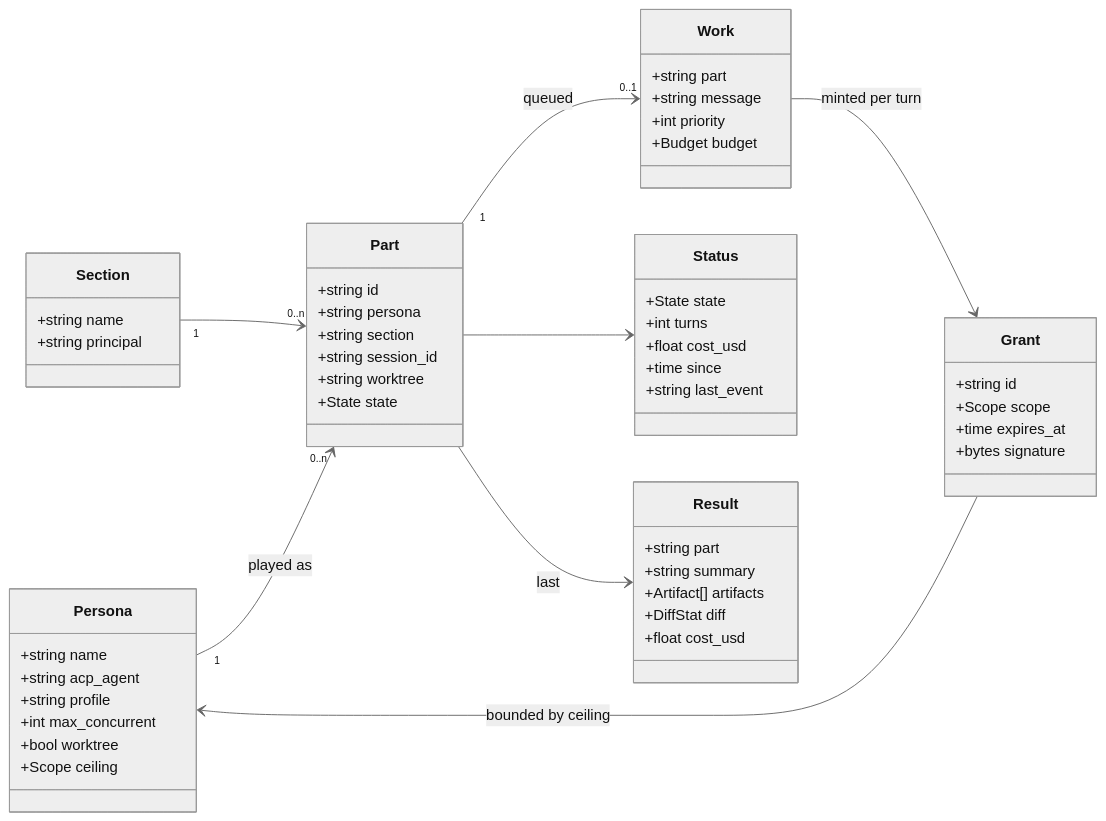
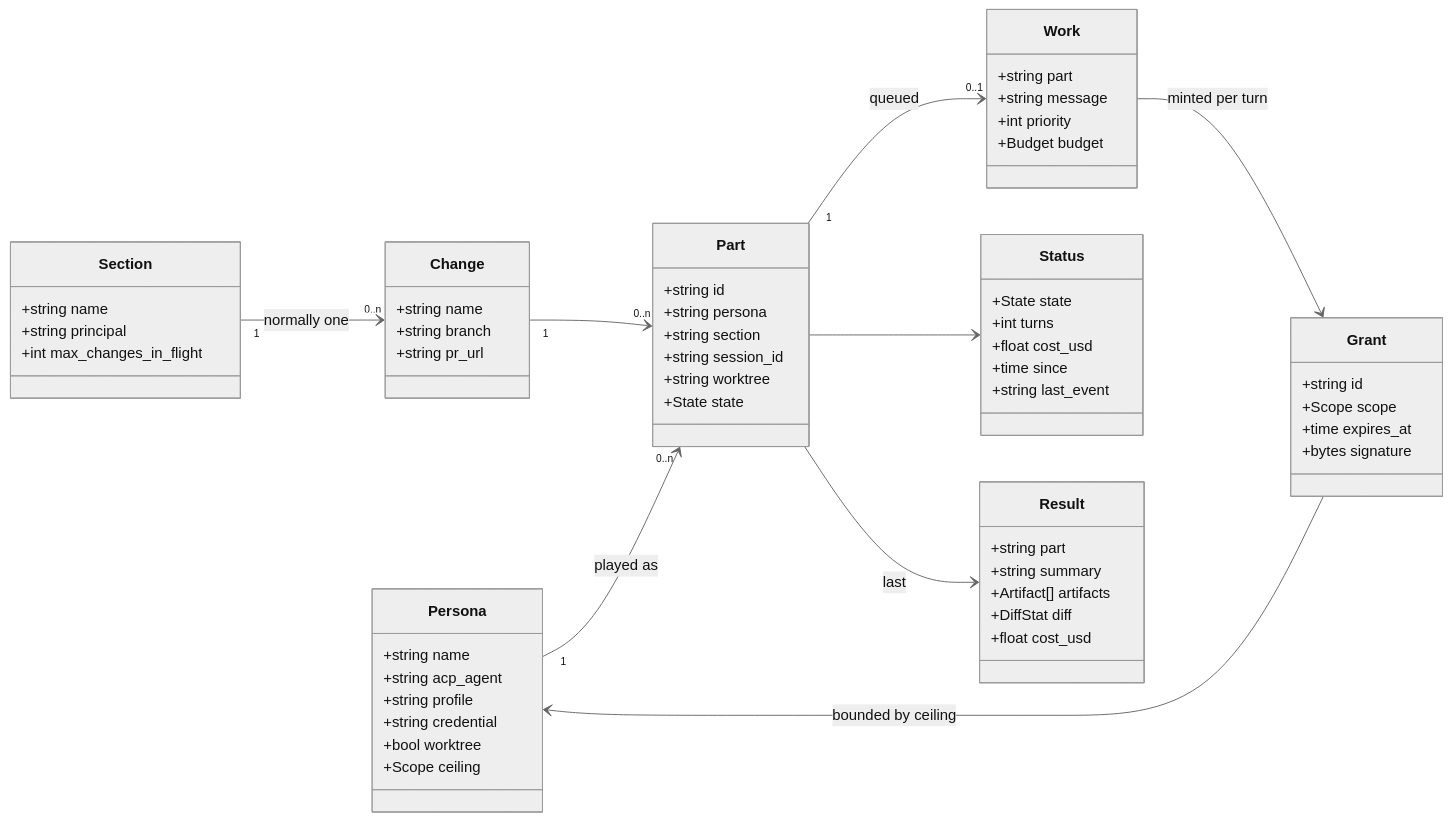
Before and after one commit to noclearreaction/symphony-maestro: the third of 6 diagrams in docs/ensemble/README.md, drawn with Mermaid (neutral theme). The commit also changed other lines of this file and 1 other file, not shown here.

First line of the commit message:
docs(ensemble): a part is done when its branch merges

````diff
--- a/docs/ensemble/README.md
+++ b/docs/ensemble/README.md
@@ -372,57 +473,64 @@
 ```mermaid
 classDiagram
   direction LR
   class Persona {
     +string name
     +string acp_agent
     +string profile
-    +int max_concurrent
+    +string credential
     +bool worktree
     +Scope ceiling
   }
   class Part {
     +string id
     +string persona
     +string section
     +string session_id
     +string worktree
     +State state
   }
   class Work {
     +string part
     +string message
     +int priority
     +Budget budget
   }
   class Grant {
     +string id
     +Scope scope
     +time expires_at
     +bytes signature
   }
   class Status {
     +State state
     +int turns
     +float cost_usd
     +time since
     +string last_event
   }
   class Result {
     +string part
     +string summary
     +Artifact[] artifacts
     +DiffStat diff
     +float cost_usd
   }
   class Section {
     +string name
     +string principal
+    +int max_changes_in_flight
   }
-  Section "1" --> "0..n" Part
+  class Change {
+    +string name
+    +string branch
+    +string pr_url
+  }
+  Section "1" --> "0..n" Change : normally one
+  Change "1" --> "0..n" Part
   Persona "1" --> "0..n" Part : played as
   Part "1" --> "0..1" Work : queued
   Work --> Grant : minted per turn
   Grant --> Persona : bounded by ceiling
   Part --> Status
   Part --> Result : last
 ```
````
